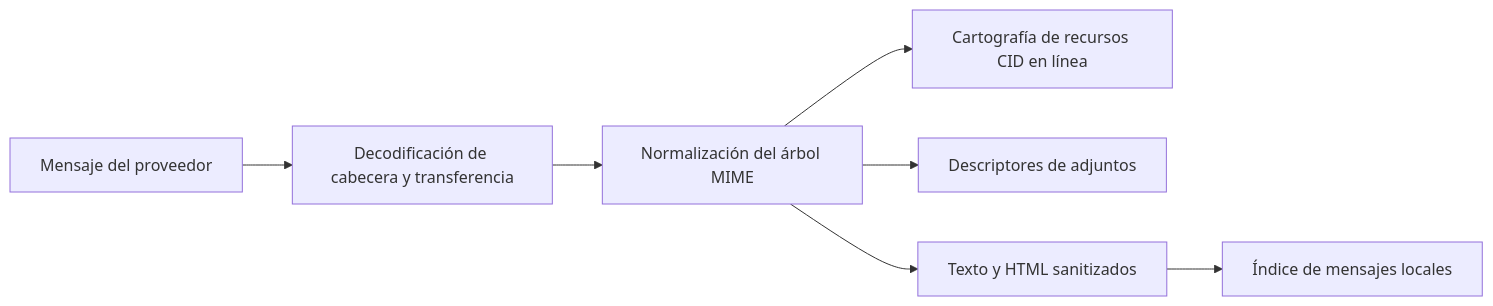
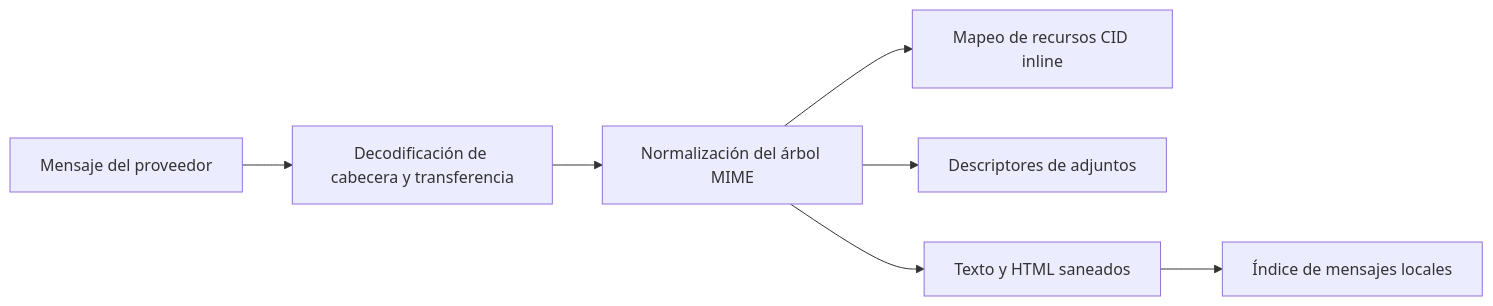
One commit to ismigar/Gnosi changed the diagram in docs/engineering-es/domains/mail.md. Above: the diagram before and after it, drawn with Mermaid. The commit also changed other lines of this file and 96 other files, not shown here.

````diff
--- a/docs/engineering-es/domains/mail.md
+++ b/docs/engineering-es/domains/mail.md
@@ -48,9 +80,9 @@
 ```mermaid
 flowchart LR
     Raw["Mensaje del proveedor"] --> Decode["Decodificación de cabecera y transferencia"]
     Decode --> MIME["Normalización del árbol MIME"]
-    MIME --> CID["Cartografía de recursos CID en línea"]
+    MIME --> CID["Mapeo de recursos CID inline"]
     MIME --> Attach["Descriptores de adjuntos"]
-    MIME --> Body["Texto y HTML sanitizados"]
+    MIME --> Body["Texto y HTML saneados"]
     Body --> Index["Índice de mensajes locales"]
 ```
````
